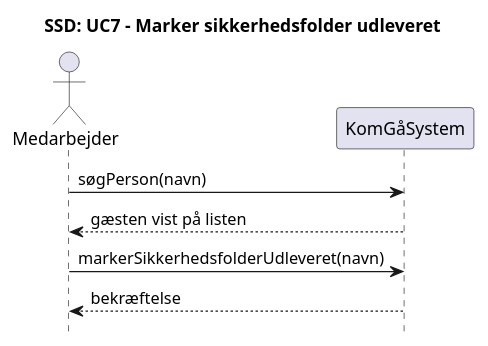
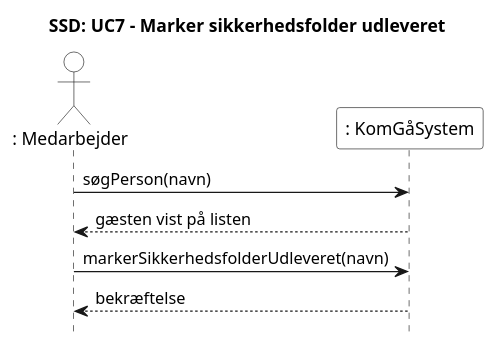
The diagram in Artifacts/SSD/ssd-uc7-marker-sikkerhedsfolder.puml (albla20/HydacTeamA4), drawn with PlantUML before and after one commit. The commit also changed 8 other files, not shown here.

```diff
--- a/Artifacts/SSD/ssd-uc7-marker-sikkerhedsfolder.puml
+++ b/Artifacts/SSD/ssd-uc7-marker-sikkerhedsfolder.puml
@@ -1,16 +1,16 @@
 @startuml UC7
 title SSD: UC7 - Marker sikkerhedsfolder udleveret
 hide footbox
 skinparam sequenceMessageAlign left
 skinparam responseMessageBelowArrow true
 
-actor "Medarbejder" as med
-participant "KomGåSystem" as sys
+actor ": Medarbejder" as med #White
+participant ": KomGåSystem" as sys #White
 
 med -> sys : søgPerson(navn)
 sys --> med : gæsten vist på listen
 
 med -> sys : markerSikkerhedsfolderUdleveret(navn)
 sys --> med : bekræftelse
 
 @enduml
```
